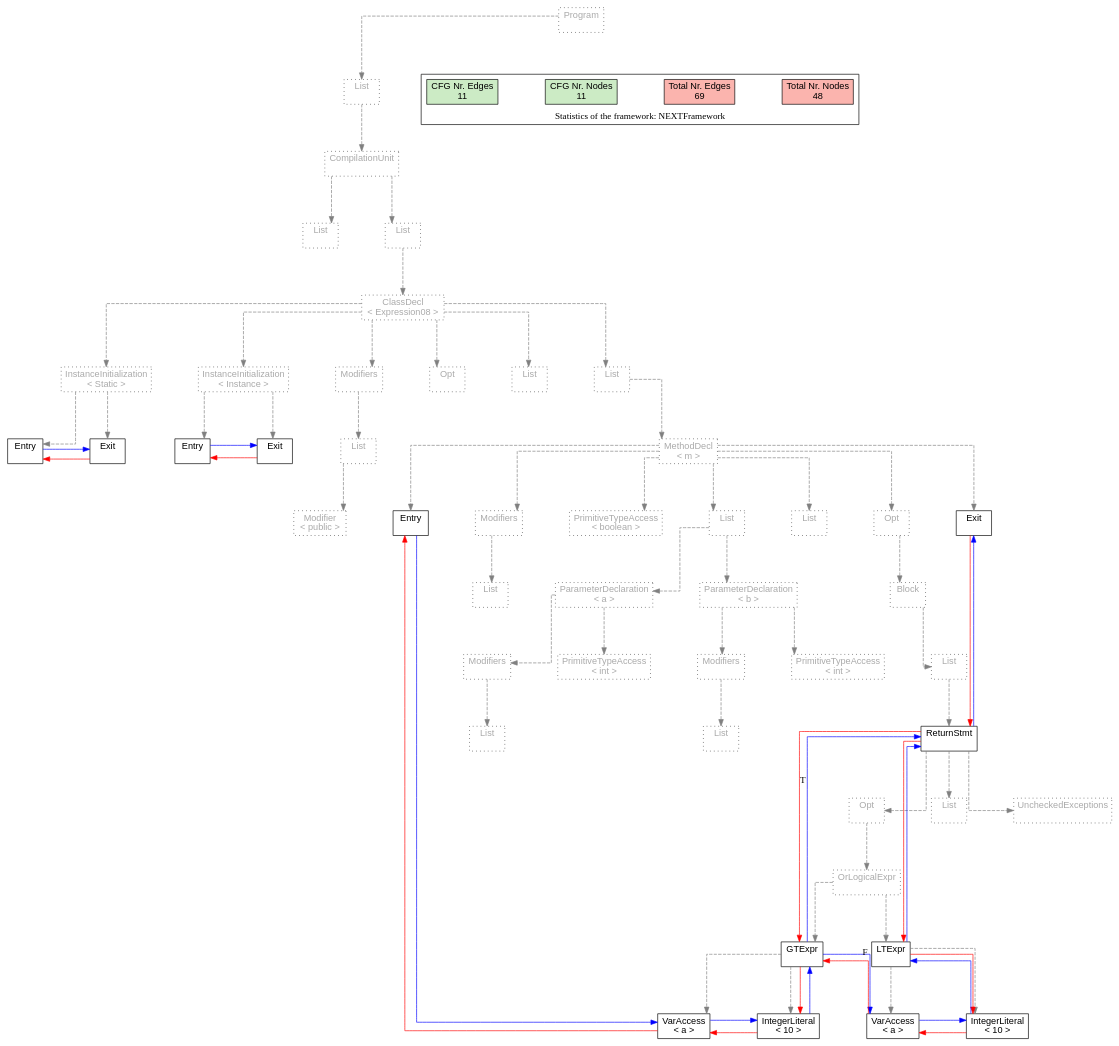
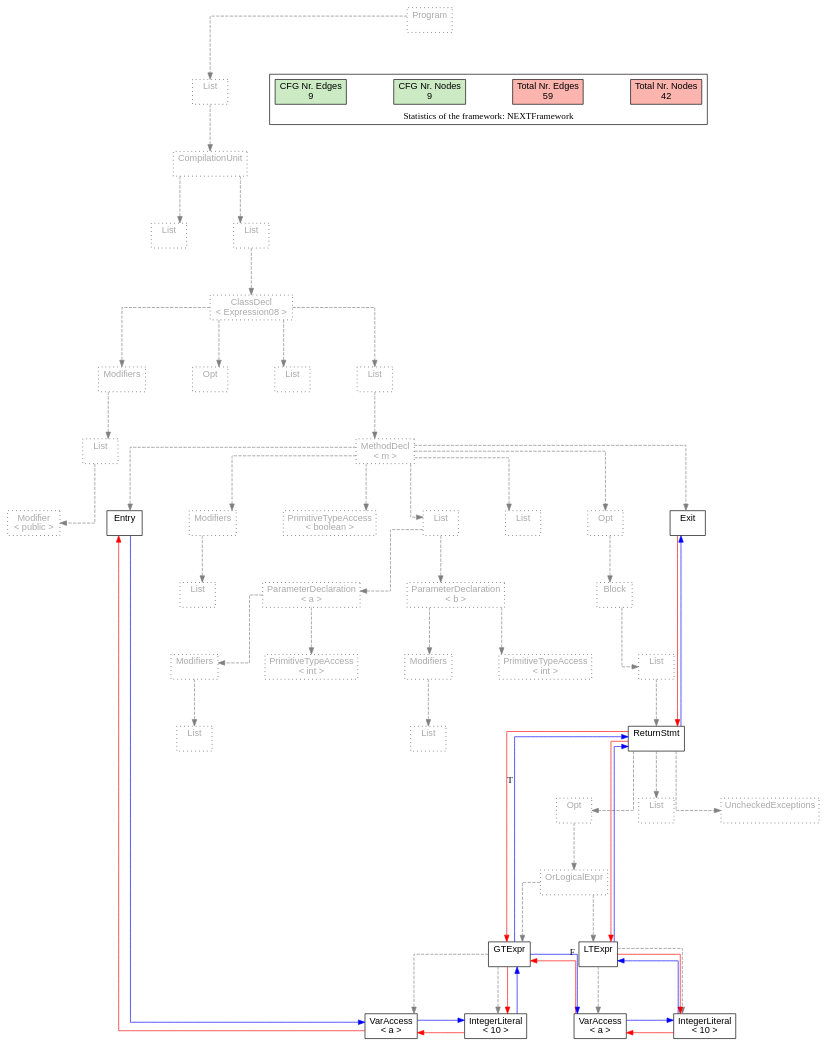
One commit to lu-cs-sde/IntraJ changed the diagram in testfiles/CFG/Expression/Logical/OR/Expression08/Expression08.dot. Above: the diagram before and after it, drawn with Graphviz. The commit also changed 1381 other files, not shown here.

```diff
--- a/testfiles/CFG/Expression/Logical/OR/Expression08/Expression08.dot
+++ b/testfiles/CFG/Expression/Logical/OR/Expression08/Expression08.dot
@@ -6,155 +6,137 @@
 { rank = same; "CompilationUnit[2]"}
 { rank = same; "List[3]"; "List[4]"}
 { rank = same; "ClassDecl[5]"}
-{ rank = same; "Modifiers[22]"; "Opt[25]"; "List[26]"; "List[27]"; "InstanceInitialization[6]"; "InstanceInitialization[14]"}
-{ rank = same; "List[23]"; "MethodDecl[28]"; "Entry[7]"; "Exit[8]"; "Entry[15]"; "Exit[16]"}
-{ rank = same; "Modifier[24]"; "Entry[29]"; "Modifiers[30]"; "PrimitiveTypeAccess[32]"; "List[33]"; "List[42]"; "Opt[43]"; "Exit[44]"}
-{ rank = same; "List[31]"; "ParameterDeclaration[34]"; "ParameterDeclaration[38]"; "Block[44]"}
-{ rank = same; "Modifiers[35]"; "PrimitiveTypeAccess[37]"; "Modifiers[39]"; "PrimitiveTypeAccess[41]"; "List[45]"}
-{ rank = same; "List[36]"; "List[40]"; "ReturnStmt[46]"}
-{ rank = same; "Opt[47]"; "List[55]"; "UncheckedExceptions[47]"}
-{ rank = same; "OrLogicalExpr[48]"}
-{ rank = same; "GTExpr[49]"; "LTExpr[52]"}
-{ rank = same; "VarAccess[50]"; "IntegerLiteral[51]"; "VarAccess[53]"; "IntegerLiteral[54]"}
+{ rank = same; "Modifiers[6]"; "Opt[9]"; "List[10]"; "List[11]"}
+{ rank = same; "List[7]"; "MethodDecl[12]"}
+{ rank = same; "Modifier[8]"; "Entry[13]"; "Modifiers[14]"; "PrimitiveTypeAccess[16]"; "List[17]"; "List[26]"; "Opt[27]"; "Exit[28]"}
+{ rank = same; "List[15]"; "ParameterDeclaration[18]"; "ParameterDeclaration[22]"; "Block[28]"}
+{ rank = same; "Modifiers[19]"; "PrimitiveTypeAccess[21]"; "Modifiers[23]"; "PrimitiveTypeAccess[25]"; "List[29]"}
+{ rank = same; "List[20]"; "List[24]"; "ReturnStmt[30]"}
+{ rank = same; "Opt[31]"; "List[39]"; "UncheckedExceptions[31]"}
+{ rank = same; "OrLogicalExpr[32]"}
+{ rank = same; "GTExpr[33]"; "LTExpr[36]"}
+{ rank = same; "VarAccess[34]"; "IntegerLiteral[35]"; "VarAccess[37]"; "IntegerLiteral[38]"}
 "Program[0]" [label="Program\n ", style= dotted   fillcolor="#eeeeee" fontcolor="#aaaaaa"  ]
 "List[1]" [label="List\n ", style= dotted   fillcolor="#eeeeee" fontcolor="#aaaaaa"  ]
 "CompilationUnit[2]" [label="CompilationUnit\n ", style= dotted   fillcolor="#eeeeee" fontcolor="#aaaaaa"  ]
 "List[3]" [label="List\n ", style= dotted   fillcolor="#eeeeee" fontcolor="#aaaaaa"  ]
 "List[4]" [label="List\n ", style= dotted   fillcolor="#eeeeee" fontcolor="#aaaaaa"  ]
 "ClassDecl[5]" [label="ClassDecl\n < Expression08 >", style= dotted   fillcolor="#eeeeee" fontcolor="#aaaaaa"  ]
-"Modifiers[22]" [label="Modifiers\n ", style= dotted   fillcolor="#eeeeee" fontcolor="#aaaaaa"  ]
-"List[23]" [label="List\n ", style= dotted   fillcolor="#eeeeee" fontcolor="#aaaaaa"  ]
-"Modifier[24]" [label="Modifier\n < public >", style= dotted   fillcolor="#eeeeee" fontcolor="#aaaaaa"  ]
-"Opt[25]" [label="Opt\n ", style= dotted   fillcolor="#eeeeee" fontcolor="#aaaaaa"  ]
+"Modifiers[6]" [label="Modifiers\n ", style= dotted   fillcolor="#eeeeee" fontcolor="#aaaaaa"  ]
+"List[7]" [label="List\n ", style= dotted   fillcolor="#eeeeee" fontcolor="#aaaaaa"  ]
+"Modifier[8]" [label="Modifier\n < public >", style= dotted   fillcolor="#eeeeee" fontcolor="#aaaaaa"  ]
+"Opt[9]" [label="Opt\n ", style= dotted   fillcolor="#eeeeee" fontcolor="#aaaaaa"  ]
+"List[10]" [label="List\n ", style= dotted   fillcolor="#eeeeee" fontcolor="#aaaaaa"  ]
+"List[11]" [label="List\n ", style= dotted   fillcolor="#eeeeee" fontcolor="#aaaaaa"  ]
+"MethodDecl[12]" [label="MethodDecl\n < m >", style= dotted   fillcolor="#eeeeee" fontcolor="#aaaaaa"  ]
+"Entry[13]" [label="Entry\n ", fillcolor=white   style=filled  ]
+"Modifiers[14]" [label="Modifiers\n ", style= dotted   fillcolor="#eeeeee" fontcolor="#aaaaaa"  ]
+"List[15]" [label="List\n ", style= dotted   fillcolor="#eeeeee" fontcolor="#aaaaaa"  ]
+"PrimitiveTypeAccess[16]" [label="PrimitiveTypeAccess\n < boolean >", style= dotted   fillcolor="#eeeeee" fontcolor="#aaaaaa"  ]
+"List[17]" [label="List\n ", style= dotted   fillcolor="#eeeeee" fontcolor="#aaaaaa"  ]
+"ParameterDeclaration[18]" [label="ParameterDeclaration\n < a >", style= dotted   fillcolor="#eeeeee" fontcolor="#aaaaaa"  ]
+"Modifiers[19]" [label="Modifiers\n ", style= dotted   fillcolor="#eeeeee" fontcolor="#aaaaaa"  ]
+"List[20]" [label="List\n ", style= dotted   fillcolor="#eeeeee" fontcolor="#aaaaaa"  ]
+"PrimitiveTypeAccess[21]" [label="PrimitiveTypeAccess\n < int >", style= dotted   fillcolor="#eeeeee" fontcolor="#aaaaaa"  ]
+"ParameterDeclaration[22]" [label="ParameterDeclaration\n < b >", style= dotted   fillcolor="#eeeeee" fontcolor="#aaaaaa"  ]
+"Modifiers[23]" [label="Modifiers\n ", style= dotted   fillcolor="#eeeeee" fontcolor="#aaaaaa"  ]
+"List[24]" [label="List\n ", style= dotted   fillcolor="#eeeeee" fontcolor="#aaaaaa"  ]
+"PrimitiveTypeAccess[25]" [label="PrimitiveTypeAccess\n < int >", style= dotted   fillcolor="#eeeeee" fontcolor="#aaaaaa"  ]
 "List[26]" [label="List\n ", style= dotted   fillcolor="#eeeeee" fontcolor="#aaaaaa"  ]
-"List[27]" [label="List\n ", style= dotted   fillcolor="#eeeeee" fontcolor="#aaaaaa"  ]
-"MethodDecl[28]" [label="MethodDecl\n < m >", style= dotted   fillcolor="#eeeeee" fontcolor="#aaaaaa"  ]
-"Entry[29]" [label="Entry\n ", fillcolor=white   style=filled  ]
-"Modifiers[30]" [label="Modifiers\n ", style= dotted   fillcolor="#eeeeee" fontcolor="#aaaaaa"  ]
-"List[31]" [label="List\n ", style= dotted   fillcolor="#eeeeee" fontcolor="#aaaaaa"  ]
-"PrimitiveTypeAccess[32]" [label="PrimitiveTypeAccess\n < boolean >", style= dotted   fillcolor="#eeeeee" fontcolor="#aaaaaa"  ]
-"List[33]" [label="List\n ", style= dotted   fillcolor="#eeeeee" fontcolor="#aaaaaa"  ]
-"ParameterDeclaration[34]" [label="ParameterDeclaration\n < a >", style= dotted   fillcolor="#eeeeee" fontcolor="#aaaaaa"  ]
-"Modifiers[35]" [label="Modifiers\n ", style= dotted   fillcolor="#eeeeee" fontcolor="#aaaaaa"  ]
-"List[36]" [label="List\n ", style= dotted   fillcolor="#eeeeee" fontcolor="#aaaaaa"  ]
-"PrimitiveTypeAccess[37]" [label="PrimitiveTypeAccess\n < int >", style= dotted   fillcolor="#eeeeee" fontcolor="#aaaaaa"  ]
-"ParameterDeclaration[38]" [label="ParameterDeclaration\n < b >", style= dotted   fillcolor="#eeeeee" fontcolor="#aaaaaa"  ]
-"Modifiers[39]" [label="Modifiers\n ", style= dotted   fillcolor="#eeeeee" fontcolor="#aaaaaa"  ]
-"List[40]" [label="List\n ", style= dotted   fillcolor="#eeeeee" fontcolor="#aaaaaa"  ]
-"PrimitiveTypeAccess[41]" [label="PrimitiveTypeAccess\n < int >", style= dotted   fillcolor="#eeeeee" fontcolor="#aaaaaa"  ]
-"List[42]" [label="List\n ", style= dotted   fillcolor="#eeeeee" fontcolor="#aaaaaa"  ]
-"Opt[43]" [label="Opt\n ", style= dotted   fillcolor="#eeeeee" fontcolor="#aaaaaa"  ]
-"Block[44]" [label="Block\n ", style= dotted   fillcolor="#eeeeee" fontcolor="#aaaaaa"  ]
-"List[45]" [label="List\n ", style= dotted   fillcolor="#eeeeee" fontcolor="#aaaaaa"  ]
-"ReturnStmt[46]" [label="ReturnStmt\n ", fillcolor=white   style=filled  ]
-"Opt[47]" [label="Opt\n ", style= dotted   fillcolor="#eeeeee" fontcolor="#aaaaaa"  ]
-"OrLogicalExpr[48]" [label="OrLogicalExpr\n ", style= dotted   fillcolor="#eeeeee" fontcolor="#aaaaaa"  ]
-"GTExpr[49]" [label="GTExpr\n ", fillcolor=white   style=filled  ]
-"VarAccess[50]" [label="VarAccess\n < a >", fillcolor=white   style=filled  ]
-"IntegerLiteral[51]" [label="IntegerLiteral\n < 10 >", fillcolor=white   style=filled  ]
-"LTExpr[52]" [label="LTExpr\n ", fillcolor=white   style=filled  ]
-"VarAccess[53]" [label="VarAccess\n < a >", fillcolor=white   style=filled  ]
-"IntegerLiteral[54]" [label="IntegerLiteral\n < 10 >", fillcolor=white   style=filled  ]
-"List[55]" [label="List\n ", style= dotted   fillcolor="#eeeeee" fontcolor="#aaaaaa"  ]
-"UncheckedExceptions[47]" [label="UncheckedExceptions\n ", style= dotted   fillcolor="#eeeeee" fontcolor="#aaaaaa"  ]
-"Exit[44]" [label="Exit\n ", fillcolor=white   style=filled  ]
-"InstanceInitialization[6]" [label="InstanceInitialization\n < Instance >", style= dotted   fillcolor="#eeeeee" fontcolor="#aaaaaa"  ]
-"Entry[7]" [label="Entry\n ", fillcolor=white   style=filled  ]
-"Exit[8]" [label="Exit\n ", fillcolor=white   style=filled  ]
-"InstanceInitialization[14]" [label="InstanceInitialization\n < Static >", style= dotted   fillcolor="#eeeeee" fontcolor="#aaaaaa"  ]
-"Entry[15]" [label="Entry\n ", fillcolor=white   style=filled  ]
-"Exit[16]" [label="Exit\n ", fillcolor=white   style=filled  ]
+"Opt[27]" [label="Opt\n ", style= dotted   fillcolor="#eeeeee" fontcolor="#aaaaaa"  ]
+"Block[28]" [label="Block\n ", style= dotted   fillcolor="#eeeeee" fontcolor="#aaaaaa"  ]
+"List[29]" [label="List\n ", style= dotted   fillcolor="#eeeeee" fontcolor="#aaaaaa"  ]
+"ReturnStmt[30]" [label="ReturnStmt\n ", fillcolor=white   style=filled  ]
+"Opt[31]" [label="Opt\n ", style= dotted   fillcolor="#eeeeee" fontcolor="#aaaaaa"  ]
+"OrLogicalExpr[32]" [label="OrLogicalExpr\n ", style= dotted   fillcolor="#eeeeee" fontcolor="#aaaaaa"  ]
+"GTExpr[33]" [label="GTExpr\n ", fillcolor=white   style=filled  ]
+"VarAccess[34]" [label="VarAccess\n < a >", fillcolor=white   style=filled  ]
+"IntegerLiteral[35]" [label="IntegerLiteral\n < 10 >", fillcolor=white   style=filled  ]
+"LTExpr[36]" [label="LTExpr\n ", fillcolor=white   style=filled  ]
+"VarAccess[37]" [label="VarAccess\n < a >", fillcolor=white   style=filled  ]
+"IntegerLiteral[38]" [label="IntegerLiteral\n < 10 >", fillcolor=white   style=filled  ]
+"List[39]" [label="List\n ", style= dotted   fillcolor="#eeeeee" fontcolor="#aaaaaa"  ]
+"UncheckedExceptions[31]" [label="UncheckedExceptions\n ", style= dotted   fillcolor="#eeeeee" fontcolor="#aaaaaa"  ]
+"Exit[28]" [label="Exit\n ", fillcolor=white   style=filled  ]
 "CompilationUnit[2]" -> "List[3]" [style=dashed, color=gray]
-"List[23]" -> "Modifier[24]" [style=dashed, color=gray]
-"Modifiers[22]" -> "List[23]" [style=dashed, color=gray]
-"ClassDecl[5]" -> "Modifiers[22]" [style=dashed, color=gray]
-"ClassDecl[5]" -> "Opt[25]" [style=dashed, color=gray]
-"ClassDecl[5]" -> "List[26]" [style=dashed, color=gray]
-"MethodDecl[28]" -> "Entry[29]" [style=dashed, color=gray]
-"Modifiers[30]" -> "List[31]" [style=dashed, color=gray]
-"MethodDecl[28]" -> "Modifiers[30]" [style=dashed, color=gray]
-"MethodDecl[28]" -> "PrimitiveTypeAccess[32]" [style=dashed, color=gray]
-"Modifiers[35]" -> "List[36]" [style=dashed, color=gray]
-"ParameterDeclaration[34]" -> "Modifiers[35]" [style=dashed, color=gray]
-"ParameterDeclaration[34]" -> "PrimitiveTypeAccess[37]" [style=dashed, color=gray]
-"List[33]" -> "ParameterDeclaration[34]" [style=dashed, color=gray]
-"Modifiers[39]" -> "List[40]" [style=dashed, color=gray]
-"ParameterDeclaration[38]" -> "Modifiers[39]" [style=dashed, color=gray]
-"ParameterDeclaration[38]" -> "PrimitiveTypeAccess[41]" [style=dashed, color=gray]
-"List[33]" -> "ParameterDeclaration[38]" [style=dashed, color=gray]
-"MethodDecl[28]" -> "List[33]" [style=dashed, color=gray]
-"MethodDecl[28]" -> "List[42]" [style=dashed, color=gray]
-"GTExpr[49]" -> "VarAccess[50]" [style=dashed, color=gray]
-"GTExpr[49]" -> "IntegerLiteral[51]" [style=dashed, color=gray]
-"OrLogicalExpr[48]" -> "GTExpr[49]" [style=dashed, color=gray]
-"LTExpr[52]" -> "VarAccess[53]" [style=dashed, color=gray]
-"LTExpr[52]" -> "IntegerLiteral[54]" [style=dashed, color=gray]
-"OrLogicalExpr[48]" -> "LTExpr[52]" [style=dashed, color=gray]
-"Opt[47]" -> "OrLogicalExpr[48]" [style=dashed, color=gray]
-"ReturnStmt[46]" -> "Opt[47]" [style=dashed, color=gray]
-"ReturnStmt[46]" -> "List[55]" [style=dashed, color=gray]
-"ReturnStmt[46]" -> "UncheckedExceptions[47]" [style=dashed, color=gray]
-"List[45]" -> "ReturnStmt[46]" [style=dashed, color=gray]
-"Block[44]" -> "List[45]" [style=dashed, color=gray]
-"Opt[43]" -> "Block[44]" [style=dashed, color=gray]
-"MethodDecl[28]" -> "Opt[43]" [style=dashed, color=gray]
-"MethodDecl[28]" -> "Exit[44]" [style=dashed, color=gray]
-"List[27]" -> "MethodDecl[28]" [style=dashed, color=gray]
-"ClassDecl[5]" -> "List[27]" [style=dashed, color=gray]
-"InstanceInitialization[6]" -> "Entry[7]" [style=dashed, color=gray]
-"InstanceInitialization[6]" -> "Exit[8]" [style=dashed, color=gray]
-"InstanceInitialization[14]" -> "Entry[15]" [style=dashed, color=gray]
-"InstanceInitialization[14]" -> "Exit[16]" [style=dashed, color=gray]
-"ClassDecl[5]" -> "InstanceInitialization[6]" [style=dashed, color=gray]
-"ClassDecl[5]" -> "InstanceInitialization[14]" [style=dashed, color=gray]
+"List[7]" -> "Modifier[8]" [style=dashed, color=gray]
+"Modifiers[6]" -> "List[7]" [style=dashed, color=gray]
+"ClassDecl[5]" -> "Modifiers[6]" [style=dashed, color=gray]
+"ClassDecl[5]" -> "Opt[9]" [style=dashed, color=gray]
+"ClassDecl[5]" -> "List[10]" [style=dashed, color=gray]
+"MethodDecl[12]" -> "Entry[13]" [style=dashed, color=gray]
+"Modifiers[14]" -> "List[15]" [style=dashed, color=gray]
+"MethodDecl[12]" -> "Modifiers[14]" [style=dashed, color=gray]
+"MethodDecl[12]" -> "PrimitiveTypeAccess[16]" [style=dashed, color=gray]
+"Modifiers[19]" -> "List[20]" [style=dashed, color=gray]
+"ParameterDeclaration[18]" -> "Modifiers[19]" [style=dashed, color=gray]
+"ParameterDeclaration[18]" -> "PrimitiveTypeAccess[21]" [style=dashed, color=gray]
+"List[17]" -> "ParameterDeclaration[18]" [style=dashed, color=gray]
+"Modifiers[23]" -> "List[24]" [style=dashed, color=gray]
+"ParameterDeclaration[22]" -> "Modifiers[23]" [style=dashed, color=gray]
+"ParameterDeclaration[22]" -> "PrimitiveTypeAccess[25]" [style=dashed, color=gray]
+"List[17]" -> "ParameterDeclaration[22]" [style=dashed, color=gray]
+"MethodDecl[12]" -> "List[17]" [style=dashed, color=gray]
+"MethodDecl[12]" -> "List[26]" [style=dashed, color=gray]
+"GTExpr[33]" -> "VarAccess[34]" [style=dashed, color=gray]
+"GTExpr[33]" -> "IntegerLiteral[35]" [style=dashed, color=gray]
+"OrLogicalExpr[32]" -> "GTExpr[33]" [style=dashed, color=gray]
+"LTExpr[36]" -> "VarAccess[37]" [style=dashed, color=gray]
+"LTExpr[36]" -> "IntegerLiteral[38]" [style=dashed, color=gray]
+"OrLogicalExpr[32]" -> "LTExpr[36]" [style=dashed, color=gray]
+"Opt[31]" -> "OrLogicalExpr[32]" [style=dashed, color=gray]
+"ReturnStmt[30]" -> "Opt[31]" [style=dashed, color=gray]
+"ReturnStmt[30]" -> "List[39]" [style=dashed, color=gray]
+"ReturnStmt[30]" -> "UncheckedExceptions[31]" [style=dashed, color=gray]
+"List[29]" -> "ReturnStmt[30]" [style=dashed, color=gray]
+"Block[28]" -> "List[29]" [style=dashed, color=gray]
+"Opt[27]" -> "Block[28]" [style=dashed, color=gray]
+"MethodDecl[12]" -> "Opt[27]" [style=dashed, color=gray]
+"MethodDecl[12]" -> "Exit[28]" [style=dashed, color=gray]
+"List[11]" -> "MethodDecl[12]" [style=dashed, color=gray]
+"ClassDecl[5]" -> "List[11]" [style=dashed, color=gray]
 "List[4]" -> "ClassDecl[5]" [style=dashed, color=gray]
 "CompilationUnit[2]" -> "List[4]" [style=dashed, color=gray]
 "List[1]" -> "CompilationUnit[2]" [style=dashed, color=gray]
 "Program[0]" -> "List[1]" [style=dashed, color=gray]
-"Exit[16]" -> "Entry[15]" [color=red, constraint=false]
-"Entry[15]" -> "Exit[16]" [color=blue, constraint=false, xlabel=" "] 
-"Exit[8]" -> "Entry[7]" [color=red, constraint=false]
-"Entry[7]" -> "Exit[8]" [color=blue, constraint=false, xlabel=" "] 
-"Exit[44]" -> "ReturnStmt[46]" [color=red, constraint=false]
-"ReturnStmt[46]" -> "Exit[44]" [color=blue, constraint=false, xlabel=" "] 
-"ReturnStmt[46]" -> "GTExpr[49]" [color=red, constraint=false]
-"ReturnStmt[46]" -> "LTExpr[52]" [color=red, constraint=false]
-"LTExpr[52]" -> "ReturnStmt[46]" [color=blue, constraint=false, xlabel=" "] 
-"LTExpr[52]" -> "IntegerLiteral[54]" [color=red, constraint=false]
-"IntegerLiteral[54]" -> "LTExpr[52]" [color=blue, constraint=false, xlabel=" "] 
-"IntegerLiteral[54]" -> "VarAccess[53]" [color=red, constraint=false]
-"VarAccess[53]" -> "IntegerLiteral[54]" [color=blue, constraint=false, xlabel=" "] 
-"VarAccess[53]" -> "GTExpr[49]" [color=red, constraint=false]
-"GTExpr[49]" -> "ReturnStmt[46]" [color=blue, constraint=false, xlabel="T "] 
-"GTExpr[49]" -> "VarAccess[53]" [color=blue, constraint=false, xlabel="F "] 
-"GTExpr[49]" -> "IntegerLiteral[51]" [color=red, constraint=false]
-"IntegerLiteral[51]" -> "GTExpr[49]" [color=blue, constraint=false, xlabel=" "] 
-"IntegerLiteral[51]" -> "VarAccess[50]" [color=red, constraint=false]
-"VarAccess[50]" -> "IntegerLiteral[51]" [color=blue, constraint=false, xlabel=" "] 
-"VarAccess[50]" -> "Entry[29]" [color=red, constraint=false]
-"Entry[29]" -> "VarAccess[50]" [color=blue, constraint=false, xlabel=" "] 
+"Exit[28]" -> "ReturnStmt[30]" [color=red, constraint=false]
+"ReturnStmt[30]" -> "Exit[28]" [color=blue, constraint=false, xlabel=" "] 
+"ReturnStmt[30]" -> "GTExpr[33]" [color=red, constraint=false]
+"ReturnStmt[30]" -> "LTExpr[36]" [color=red, constraint=false]
+"LTExpr[36]" -> "ReturnStmt[30]" [color=blue, constraint=false, xlabel=" "] 
+"LTExpr[36]" -> "IntegerLiteral[38]" [color=red, constraint=false]
+"IntegerLiteral[38]" -> "LTExpr[36]" [color=blue, constraint=false, xlabel=" "] 
+"IntegerLiteral[38]" -> "VarAccess[37]" [color=red, constraint=false]
+"VarAccess[37]" -> "IntegerLiteral[38]" [color=blue, constraint=false, xlabel=" "] 
+"VarAccess[37]" -> "GTExpr[33]" [color=red, constraint=false]
+"GTExpr[33]" -> "ReturnStmt[30]" [color=blue, constraint=false, xlabel="T "] 
+"GTExpr[33]" -> "VarAccess[37]" [color=blue, constraint=false, xlabel="F "] 
+"GTExpr[33]" -> "IntegerLiteral[35]" [color=red, constraint=false]
+"IntegerLiteral[35]" -> "GTExpr[33]" [color=blue, constraint=false, xlabel=" "] 
+"IntegerLiteral[35]" -> "VarAccess[34]" [color=red, constraint=false]
+"VarAccess[34]" -> "IntegerLiteral[35]" [color=blue, constraint=false, xlabel=" "] 
+"VarAccess[34]" -> "Entry[13]" [color=red, constraint=false]
+"Entry[13]" -> "VarAccess[34]" [color=blue, constraint=false, xlabel=" "] 
 "List[3]" -> "List[4]" [style=invis]
-"InstanceInitialization[14]" -> "InstanceInitialization[6]" -> "Modifiers[22]" -> "Opt[25]" -> "List[26]" -> "List[27]" [style=invis]
-"Entry[29]" -> "Modifiers[30]" -> "PrimitiveTypeAccess[32]" -> "List[33]" -> "List[42]" -> "Opt[43]" -> "Exit[44]" [style=invis]
-"ParameterDeclaration[34]" -> "ParameterDeclaration[38]" [style=invis]
-"Modifiers[35]" -> "PrimitiveTypeAccess[37]" [style=invis]
-"Modifiers[39]" -> "PrimitiveTypeAccess[41]" [style=invis]
-"GTExpr[49]" -> "LTExpr[52]" [style=invis]
-"VarAccess[50]" -> "IntegerLiteral[51]" [style=invis]
-"VarAccess[53]" -> "IntegerLiteral[54]" [style=invis]
-"Entry[7]" -> "Exit[8]" [style=invis]
-"Entry[15]" -> "Exit[16]" [style=invis]
+"Modifiers[6]" -> "Opt[9]" -> "List[10]" -> "List[11]" [style=invis]
+"Entry[13]" -> "Modifiers[14]" -> "PrimitiveTypeAccess[16]" -> "List[17]" -> "List[26]" -> "Opt[27]" -> "Exit[28]" [style=invis]
+"ParameterDeclaration[18]" -> "ParameterDeclaration[22]" [style=invis]
+"Modifiers[19]" -> "PrimitiveTypeAccess[21]" [style=invis]
+"Modifiers[23]" -> "PrimitiveTypeAccess[25]" [style=invis]
+"GTExpr[33]" -> "LTExpr[36]" [style=invis]
+"VarAccess[34]" -> "IntegerLiteral[35]" [style=invis]
+"VarAccess[37]" -> "IntegerLiteral[38]" [style=invis]
 
 subgraph cluster_legend {
 {node [style=filled, fillcolor=1, colorscheme="pastel13"]
 Nodes [label="Total Nr. Nodes
-48", fillcolor=1]
+42", fillcolor=1]
 Edges [label="Total Nr. Edges
-69", fillcolor=1]
+59", fillcolor=1]
 NodesCFG [label="CFG Nr. Nodes
-11", fillcolor=3]
+9", fillcolor=3]
 EdgesCFG [label="CFG Nr. Edges
-11", fillcolor=3]
+9", fillcolor=3]
 Nodes-> "Program[0]" -> NodesCFG  [style="invis"]
 Edges -> "Program[0]" ->EdgesCFG [style="invis"]}
 label = "Statistics of the framework: NEXTFramework"
```
